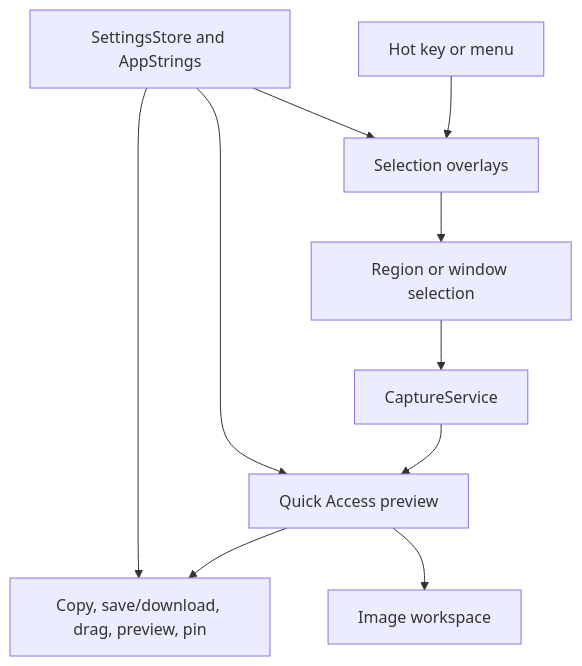
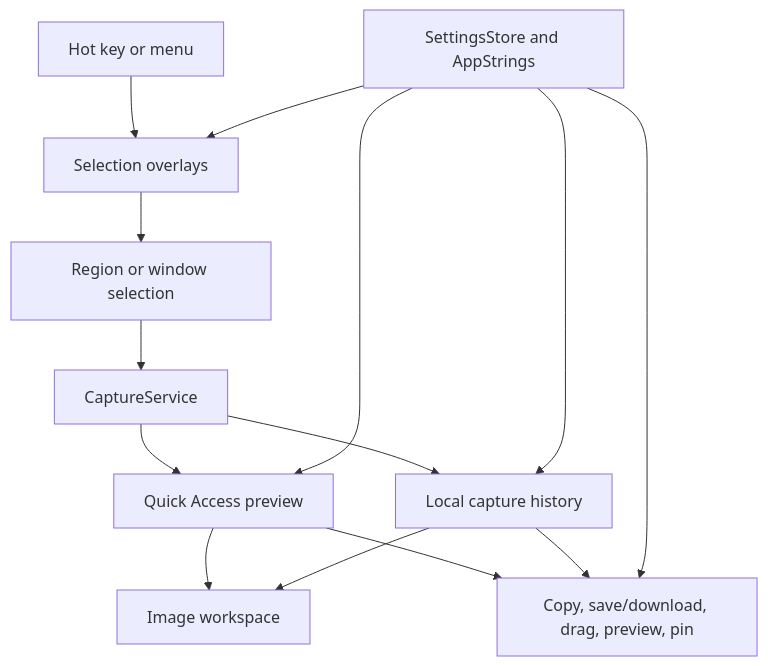
Before and after one commit to deweyou/frame: the diagram in docs/architecture.md, drawn with Mermaid. The commit also changed other lines of this file and 27 other files, not shown here.

Commit message:
feat: add local capture history (#15)

````diff
--- a/docs/architecture.md
+++ b/docs/architecture.md
@@ -3,12 +3,16 @@
 ```mermaid
 flowchart TD
     HotKey[Hot key or menu] --> Overlay[Selection overlays]
     Overlay --> Selection[Region or window selection]
     Selection --> Capture[CaptureService]
+    Capture --> History[Local capture history]
     Capture --> QuickAccess[Quick Access preview]
     QuickAccess --> Output[Copy, save/download, drag, preview, pin]
     QuickAccess --> Workspace[Image workspace]
+    History --> Workspace
+    History --> Output
     Settings[SettingsStore and AppStrings] --> Overlay
     Settings --> QuickAccess
     Settings --> Output
+    Settings --> History
 ```
````
